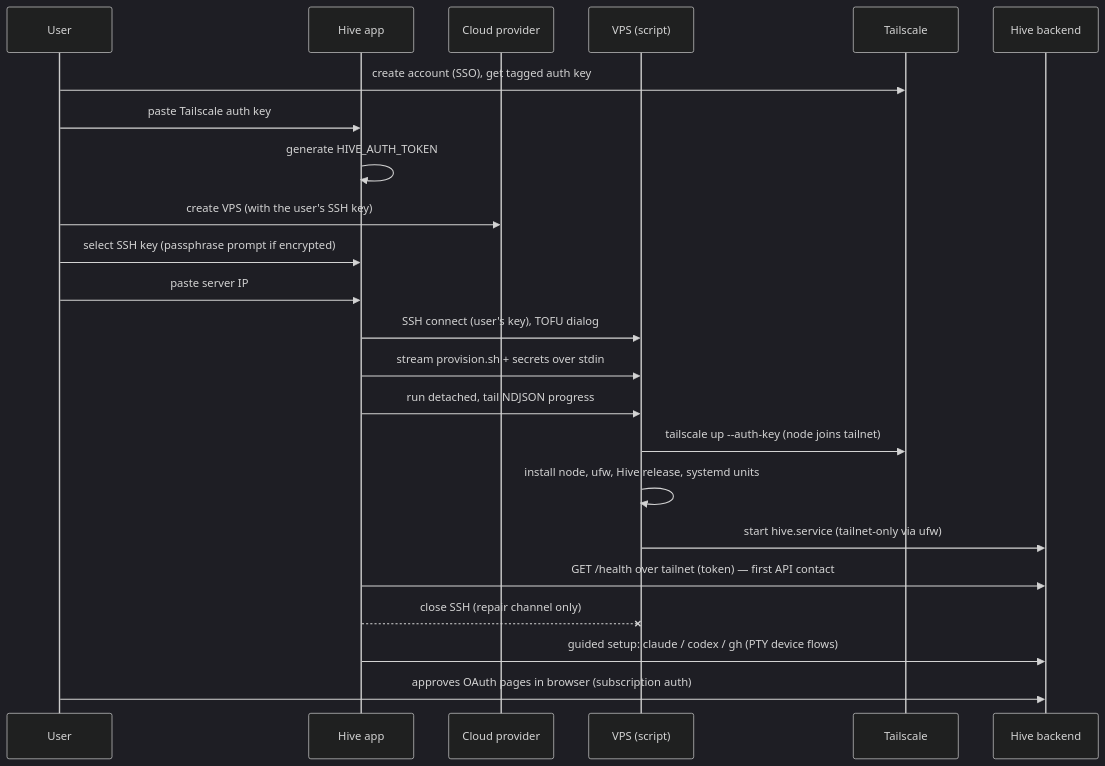
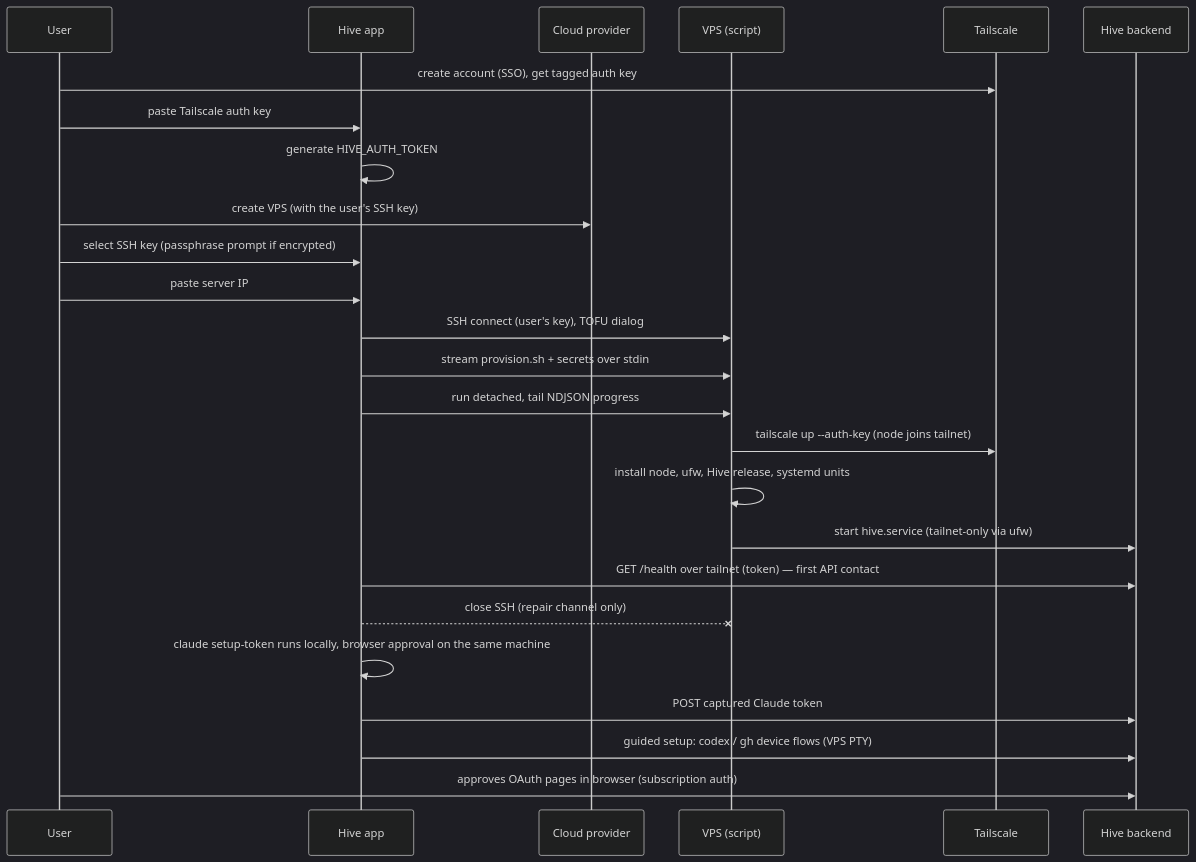
Before and after one commit to unfence-labs/hive: the second of 3 diagrams in docs/install-flow.md, drawn with Mermaid (dark theme). The commit also changed other lines of this file and 1 other file, not shown here.

First line of the commit message:
review: Claude auth runs locally on the user's machine

````diff
--- a/docs/install-flow.md
+++ b/docs/install-flow.md
@@ -122,26 +122,28 @@
 ```mermaid
 sequenceDiagram
     participant U as User
     participant W as Hive app
     participant P as Cloud provider
     participant V as VPS (script)
     participant T as Tailscale
     participant H as Hive backend
 
     U->>T: create account (SSO), get tagged auth key
     U->>W: paste Tailscale auth key
     W->>W: generate HIVE_AUTH_TOKEN
     U->>P: create VPS (with the user's SSH key)
     U->>W: select SSH key (passphrase prompt if encrypted)
     U->>W: paste server IP
     W->>V: SSH connect (user's key), TOFU dialog
     W->>V: stream provision.sh + secrets over stdin
     W->>V: run detached, tail NDJSON progress
     V->>T: tailscale up --auth-key (node joins tailnet)
     V->>V: install node, ufw, Hive release, systemd units
     V->>H: start hive.service (tailnet-only via ufw)
     W->>H: GET /health over tailnet (token) — first API contact
     W--xV: close SSH (repair channel only)
-    W->>H: guided setup: claude / codex / gh (PTY device flows)
+    W->>W: claude setup-token runs locally, browser approval on the same machine
+    W->>H: POST captured Claude token
+    W->>H: guided setup: codex / gh device flows (VPS PTY)
     U->>H: approves OAuth pages in browser (subscription auth)
 ```
````
